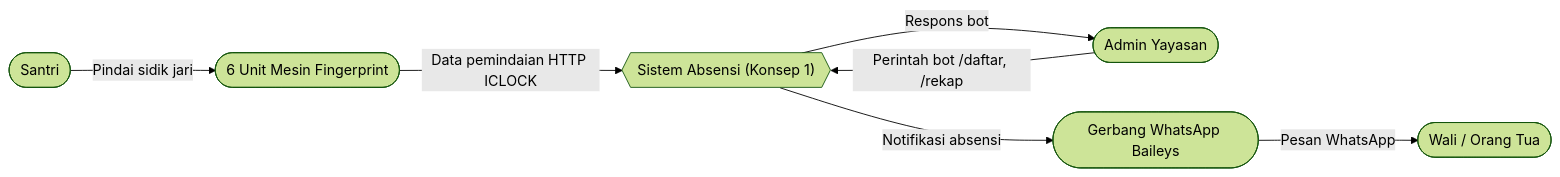
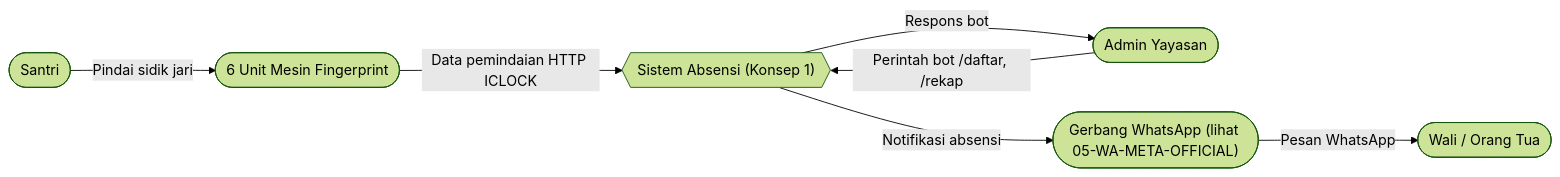
The first of 20 diagrams in 20-Projects/01-absensi-finger/04-MULTI-CONCEPT-5-SCHEMAS.md (RaiKanaeru/ai-agents-vault), drawn with Mermaid (forest theme) before and after one commit. The commit also changed other lines of this file and 7 other files, not shown here.

First line of the commit message:
feat(absensi-finger): skema WhatsApp jalur resmi Meta (Cloud API)

````diff
--- a/20-Projects/01-absensi-finger/04-MULTI-CONCEPT-5-SCHEMAS.md
+++ b/20-Projects/01-absensi-finger/04-MULTI-CONCEPT-5-SCHEMAS.md
@@ -61,17 +61,17 @@
 ```mermaid
 flowchart LR
     Santri(["Santri"])
     Wali(["Wali / Orang Tua"])
     Admin(["Admin Yayasan"])
 
     FP(["6 Unit Mesin Fingerprint"])
     System{{"Sistem Absensi (Konsep 1)"}}
-    WA(["Gerbang WhatsApp Baileys"])
+    WA(["Gerbang WhatsApp (lihat 05-WA-META-OFFICIAL)"])
 
     Santri -->|"Pindai sidik jari"| FP
     FP -->|"Data pemindaian HTTP ICLOCK"| System
     System -->|"Notifikasi absensi"| WA
     WA -->|"Pesan WhatsApp"| Wali
     Admin -->|"Perintah bot /daftar, /rekap"| System
     System -->|"Respons bot"| Admin
 ```
````
